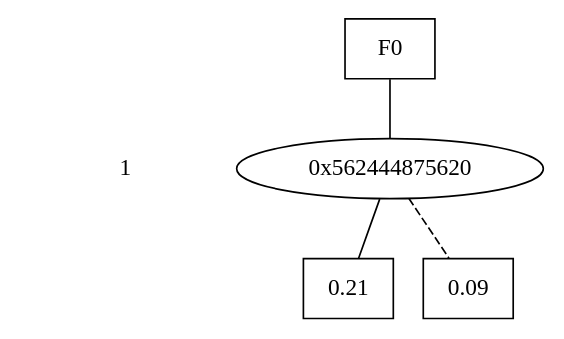
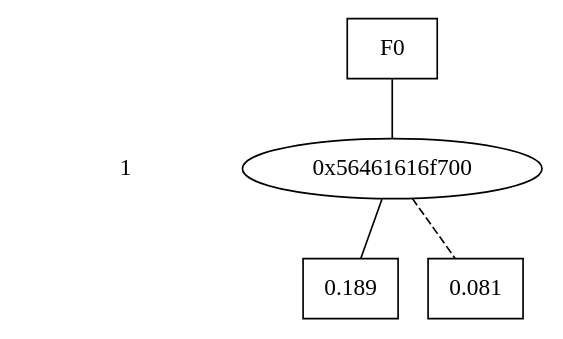
The diagram in step_results/alpha_temp_1_2.dot (AAU-Dat/CuPAAL), drawn with Graphviz before and after one commit. The commit also changed 38 other files, not shown here.

```diff
--- a/step_results/alpha_temp_1_2.dot
+++ b/step_results/alpha_temp_1_2.dot
@@ -1,25 +1,25 @@
 digraph "DD" {
 size = "7.5,10"
 center = true;
 edge [dir = none];
 { node [shape = plaintext];
   edge [style = invis];
   "CONST NODES" [style = invis];
 " 1 " -> "CONST NODES"; 
 }
 { rank = same; node [shape = box]; edge [style = invis];
 "F0"; }
 { rank = same; " 1 ";
-"0x562444875620";
+"0x56461616f700";
 }
 { rank = same; "CONST NODES";
-{ node [shape = box]; "0x5624448755e0";
-"0x562444875600";
+{ node [shape = box]; "0x56461616f6c0";
+"0x56461616f6e0";
 }
 }
-"F0" -> "0x562444875620" [style = solid];
-"0x562444875620" -> "0x5624448755e0";
-"0x562444875620" -> "0x562444875600" [style = dashed];
-"0x5624448755e0" [label = "0.21"];
-"0x562444875600" [label = "0.09"];
+"F0" -> "0x56461616f700" [style = solid];
+"0x56461616f700" -> "0x56461616f6c0";
+"0x56461616f700" -> "0x56461616f6e0" [style = dashed];
+"0x56461616f6c0" [label = "0.189"];
+"0x56461616f6e0" [label = "0.081"];
 }
```
